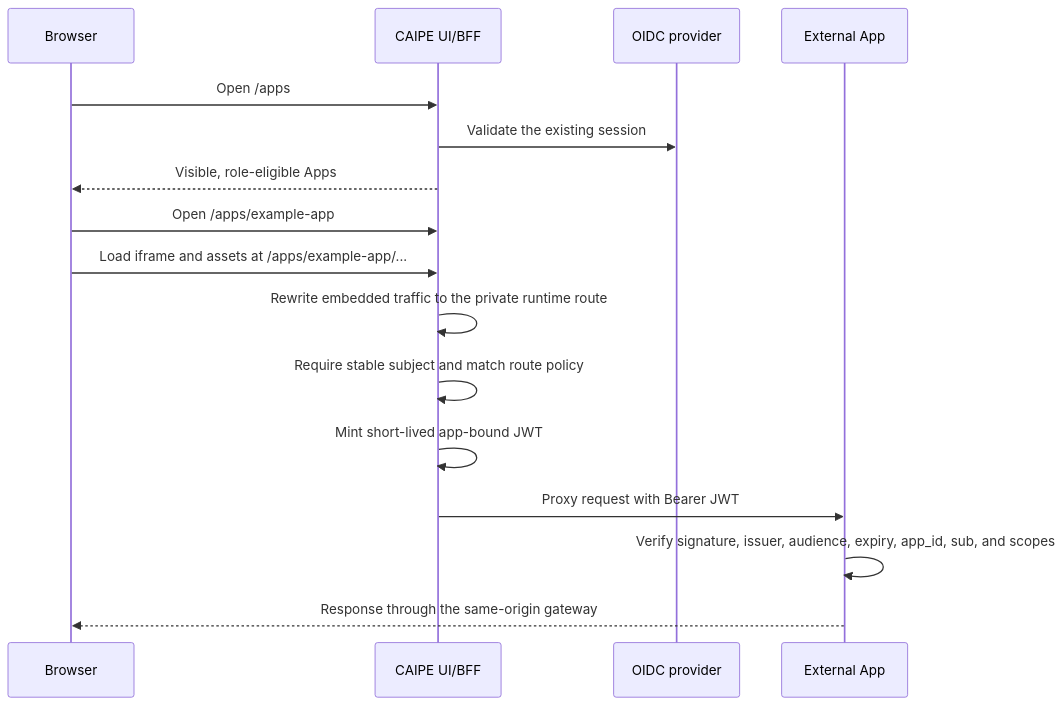
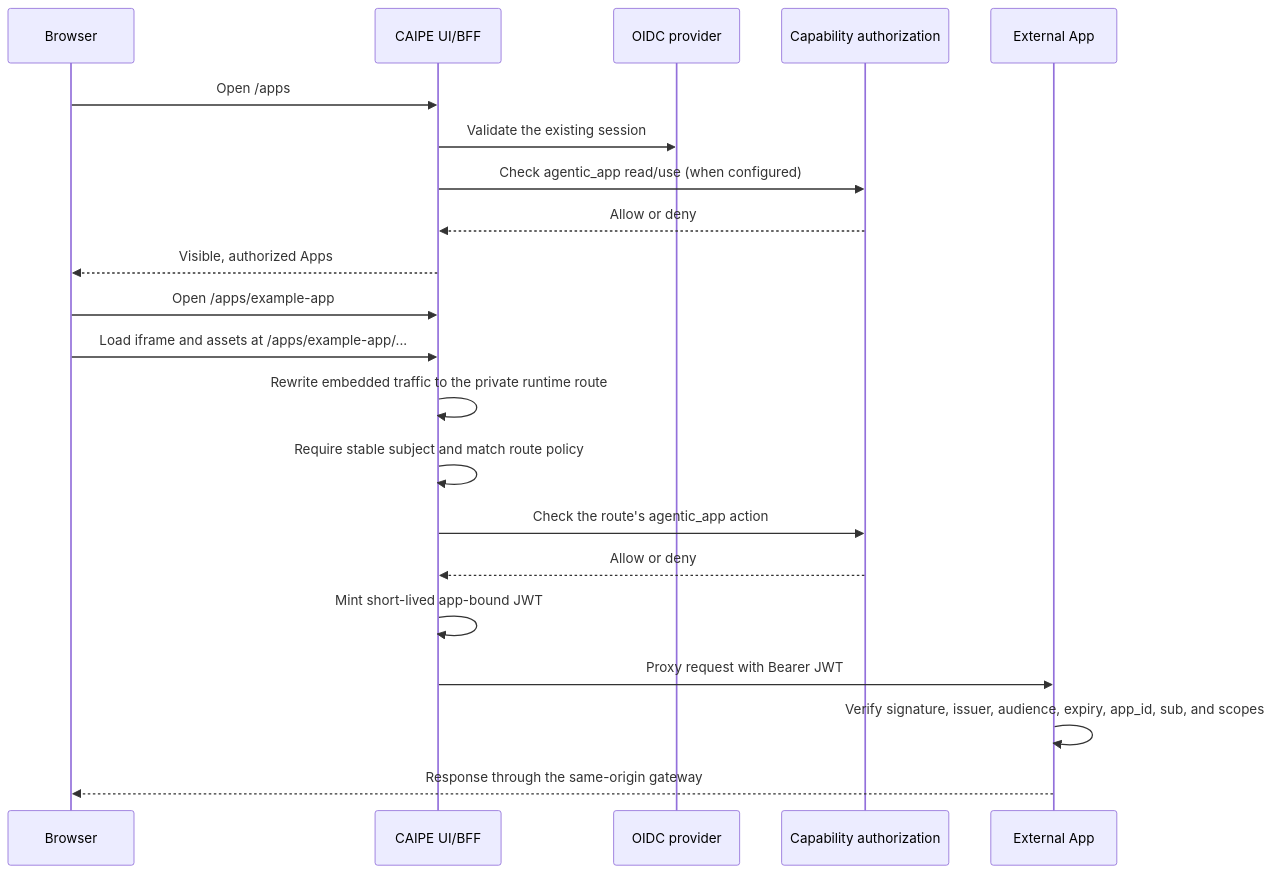
Before and after one commit to cnoe-io/ai-platform-engineering: the diagram in docs/docs/features/agentic-apps.md, drawn with Mermaid. The commit also changed other lines of this file and 19 other files, not shown here.

First line of the commit message:
feat(agentic-apps): authorize configured app access

````diff
--- a/docs/docs/features/agentic-apps.md
+++ b/docs/docs/features/agentic-apps.md
@@ -38,19 +38,24 @@
 ```mermaid
 sequenceDiagram
     participant Browser
     participant Host as CAIPE UI/BFF
     participant IdP as OIDC provider
+    participant CAS as Capability authorization
     participant App as External App
 
     Browser->>Host: Open /apps
     Host->>IdP: Validate the existing session
-    Host-->>Browser: Visible, role-eligible Apps
+    Host->>CAS: Check agentic_app read/use (when configured)
+    CAS-->>Host: Allow or deny
+    Host-->>Browser: Visible, authorized Apps
     Browser->>Host: Open /apps/example-app
     Browser->>Host: Load iframe and assets at /apps/example-app/...
     Host->>Host: Rewrite embedded traffic to the private runtime route
     Host->>Host: Require stable subject and match route policy
+    Host->>CAS: Check the route's agentic_app action
+    CAS-->>Host: Allow or deny
     Host->>Host: Mint short-lived app-bound JWT
     Host->>App: Proxy request with Bearer JWT
     App->>App: Verify signature, issuer, audience, expiry, app_id, sub, and scopes
     App-->>Browser: Response through the same-origin gateway
 ```
````
